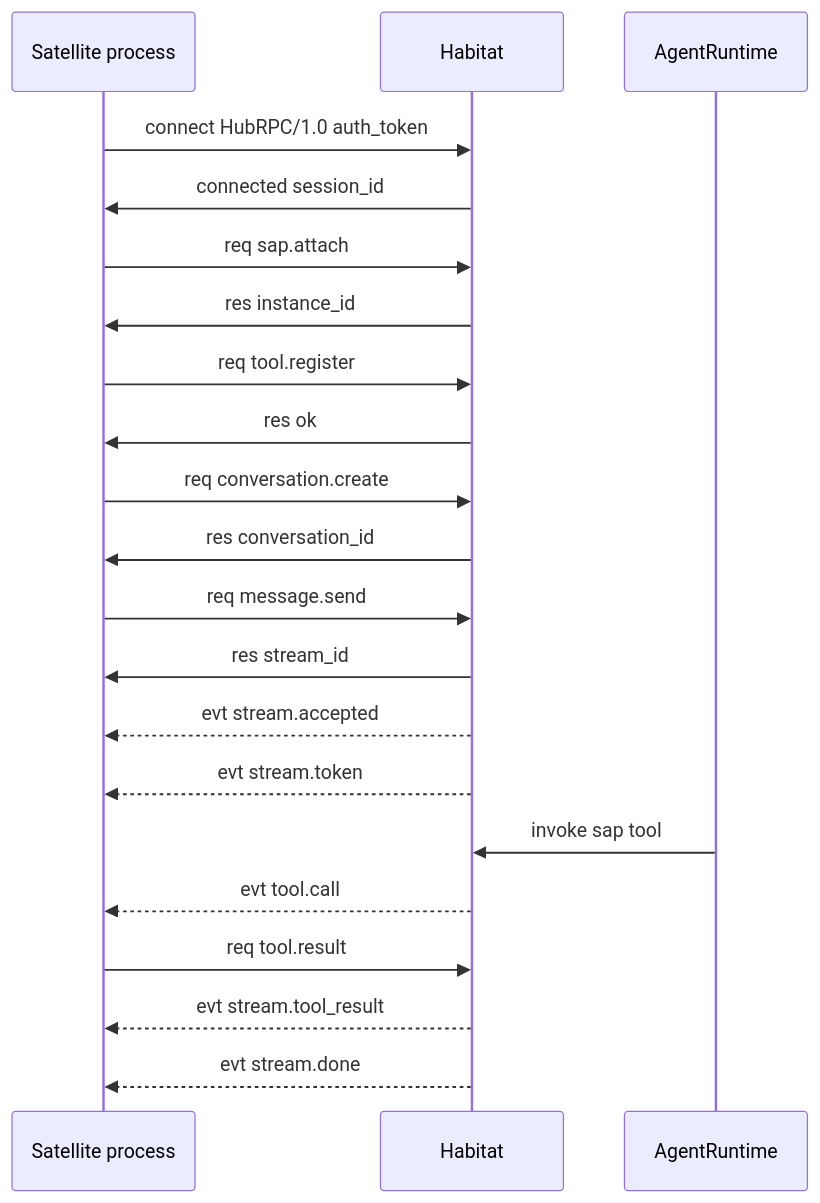
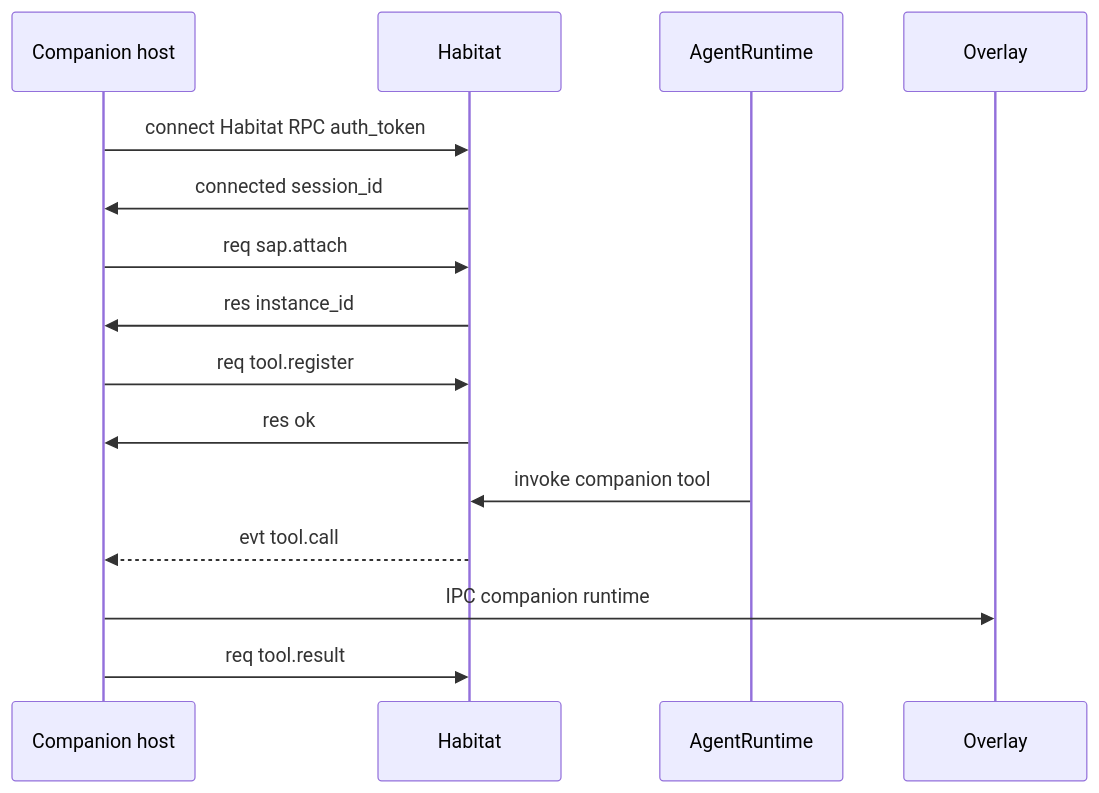
Before and after one commit to freeanima-org/freeanima: the second of 2 diagrams in docs/sap/overview.md, drawn with Mermaid. The commit also changed other lines of this file and 27 other files, not shown here.

First line of the commit message:
docs(sap): 对齐 Habitat RPC 并薄化 companion runtime

````diff
--- a/docs/sap/overview.md
+++ b/docs/sap/overview.md
@@ -40,24 +48,18 @@
 ```mermaid
 sequenceDiagram
-  participant Sat as Satellite process
+  participant Host as Companion host
   participant Habitat as Habitat
   participant Agent as AgentRuntime
+  participant Overlay as Overlay
 
-  Sat->>Habitat: connect HubRPC/1.0 auth_token
-  Habitat->>Sat: connected session_id
-  Sat->>Habitat: req sap.attach
-  Habitat->>Sat: res instance_id
-  Sat->>Habitat: req tool.register
-  Habitat->>Sat: res ok
-  Sat->>Habitat: req conversation.create
-  Habitat->>Sat: res conversation_id
-  Sat->>Habitat: req message.send
-  Habitat->>Sat: res stream_id
-  Habitat-->>Sat: evt stream.accepted
-  Habitat-->>Sat: evt stream.token
-  Agent->>Habitat: invoke sap tool
-  Habitat-->>Sat: evt tool.call
-  Sat->>Habitat: req tool.result
-  Habitat-->>Sat: evt stream.tool_result
-  Habitat-->>Sat: evt stream.done
+  Host->>Habitat: connect Habitat RPC auth_token
+  Habitat->>Host: connected session_id
+  Host->>Habitat: req sap.attach
+  Habitat->>Host: res instance_id
+  Host->>Habitat: req tool.register
+  Habitat->>Host: res ok
+  Agent->>Habitat: invoke companion tool
+  Habitat-->>Host: evt tool.call
+  Host->>Overlay: IPC companion runtime
+  Host->>Habitat: req tool.result
 ```
````
